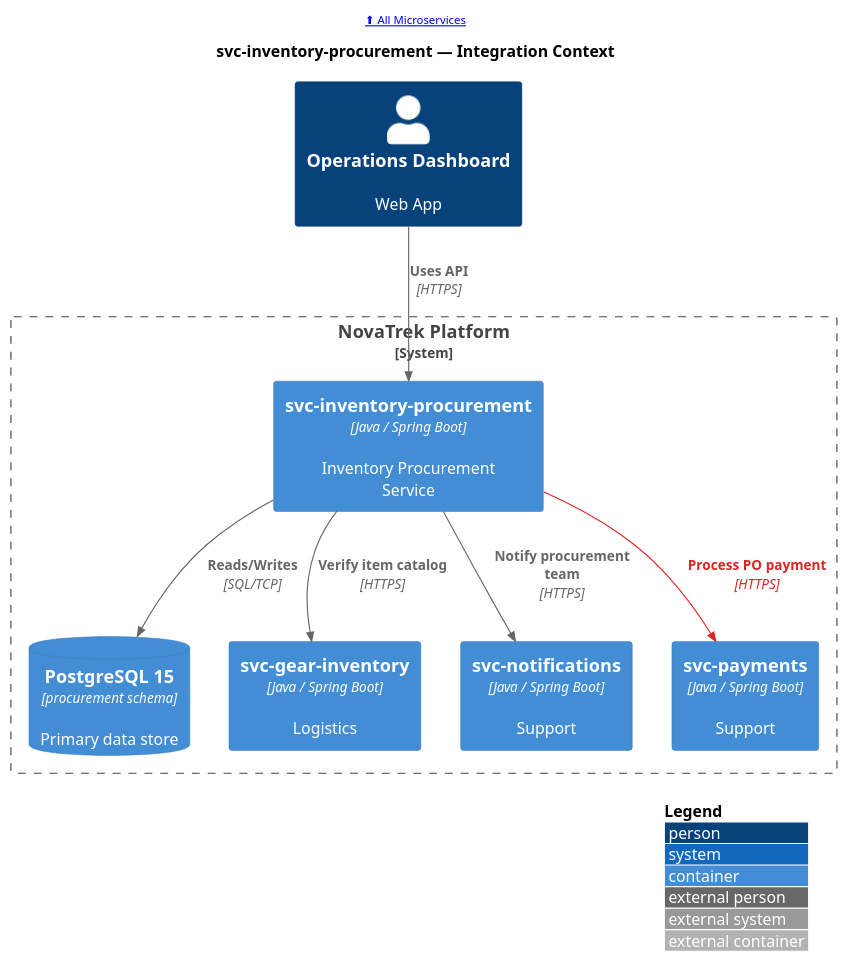
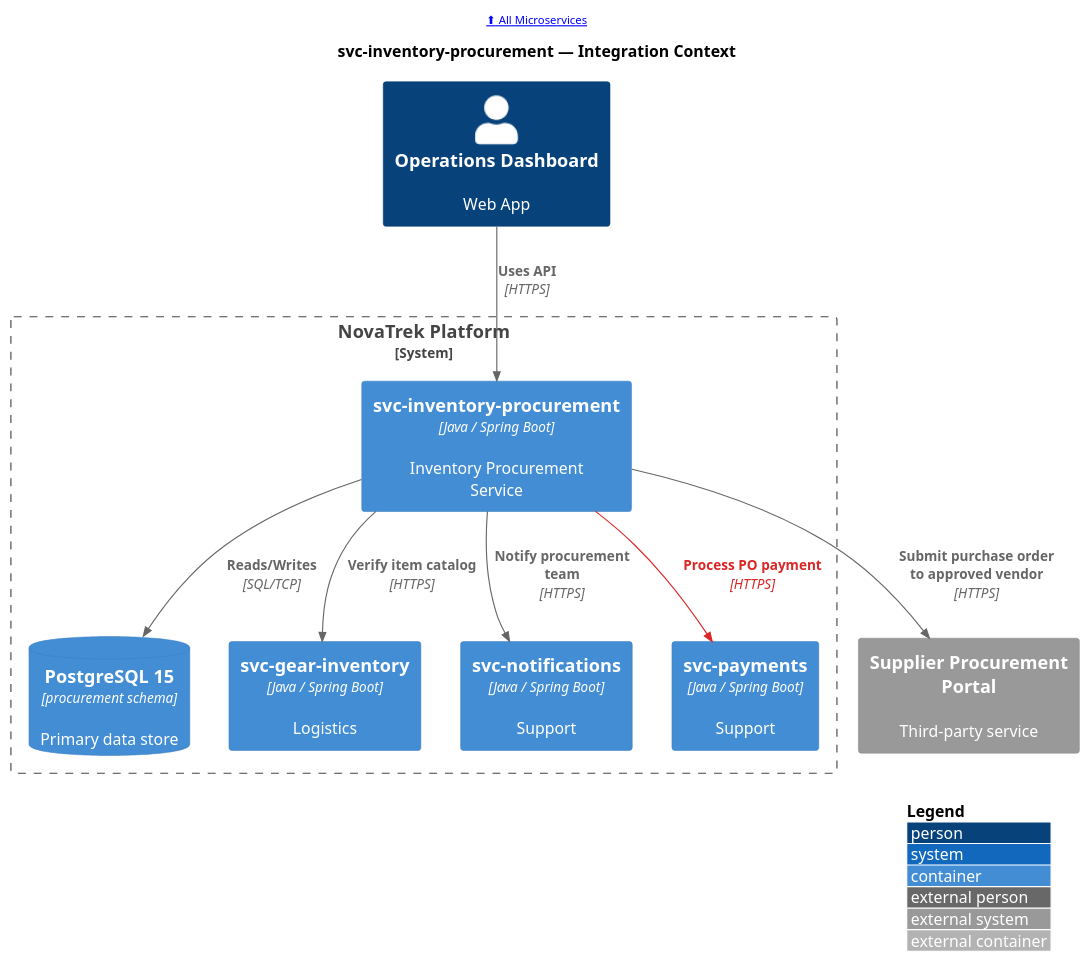
The diagram in portal/docs/microservices/puml/svc-inventory-procurement--c4-context.puml (christopherblaisdell/continuous-architecture-platform-poc), drawn with PlantUML before and after one commit. The commit also changed 31 other files, not shown here.

First line of the commit message:
feat: add 7 external third-party system integrations to domain map

```diff
--- a/portal/docs/microservices/puml/svc-inventory-procurement--c4-context.puml
+++ b/portal/docs/microservices/puml/svc-inventory-procurement--c4-context.puml
@@ -1,30 +1,32 @@
 @startuml
 !include <c4/C4_Container>
 
 LAYOUT_WITH_LEGEND()
 LAYOUT_TOP_DOWN()
 
 AddRelTag("pci", $lineColor="#DC2626", $textColor="#DC2626", $legendText="PCI Data Flow")
 
 header [[/microservices/ ⬆ All Microservices]]
 
 title svc-inventory-procurement — Integration Context
 
 Person(web_ops_dashboard, "Operations Dashboard", "Web App", $link="/applications/web-ops-dashboard/#service-dependencies")
 
 System_Boundary(boundary, "NovaTrek Platform") {
     Container(svc_inventory_procurement, "svc-inventory-procurement", "Java / Spring Boot", "Inventory Procurement Service", $link="/microservices/svc-inventory-procurement/")
     ContainerDb(svc_inventory_procurement_db, "PostgreSQL 15", "procurement schema", "Primary data store", $link="/microservices/svc-inventory-procurement/#data-store")
     Container(svc_gear_inventory, "svc-gear-inventory", "Java / Spring Boot", "Logistics", $link="/microservices/svc-gear-inventory/#integration-context")
     Container(svc_notifications, "svc-notifications", "Java / Spring Boot", "Support", $link="/microservices/svc-notifications/#integration-context")
     Container(svc_payments, "svc-payments", "Java / Spring Boot", "Support", $link="/microservices/svc-payments/#integration-context")
 }
 
+System_Ext(Supplier_Procurement_Portal, "Supplier Procurement Portal", "Third-party service", $link="/actors/#supplier-procurement-portal")
 
 Rel(web_ops_dashboard, svc_inventory_procurement, "Uses API", "HTTPS")
 Rel(svc_inventory_procurement, svc_inventory_procurement_db, "Reads/Writes", "SQL/TCP")
 Rel(svc_inventory_procurement, svc_gear_inventory, "Verify item catalog", "HTTPS")
 Rel(svc_inventory_procurement, svc_notifications, "Notify procurement team", "HTTPS")
 Rel(svc_inventory_procurement, svc_payments, "Process PO payment", "HTTPS", $tags="pci")
+Rel(svc_inventory_procurement, Supplier_Procurement_Portal, "Submit purchase order to approved vendor", "HTTPS")
 
 @enduml
```
